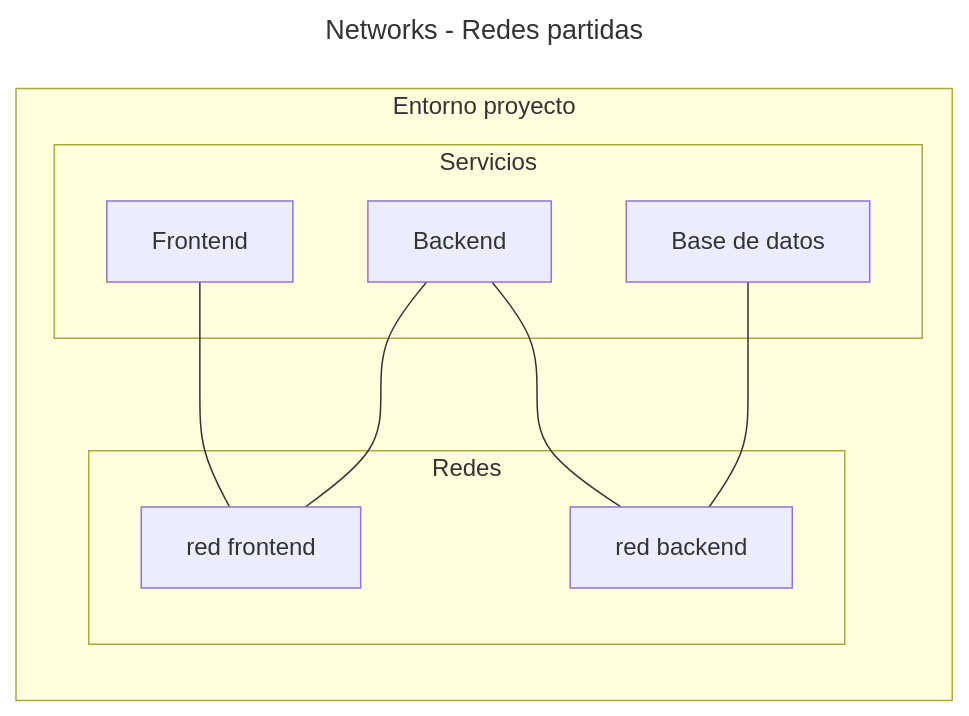
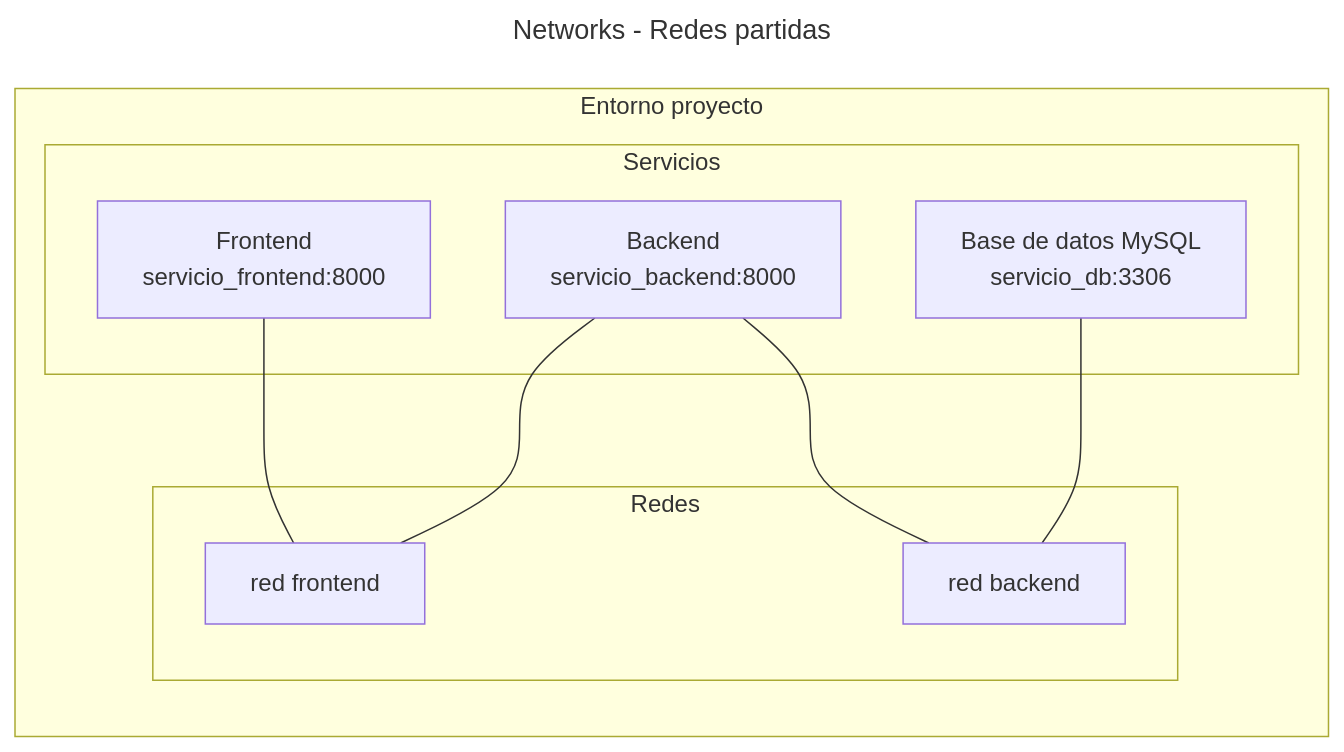
Before and after one commit to alejrot/python-docs: the second of 3 diagrams in docs/contenedores/networks.md, drawn with Mermaid. The commit also changed other lines of this file and 1 other file, not shown here.

````diff
--- a/docs/contenedores/networks.md
+++ b/docs/contenedores/networks.md
@@ -125,27 +152,29 @@
 ```mermaid
 ---
 title: "Networks - Redes partidas"
 ---
 flowchart LR
 
     subgraph proyecto [Entorno proyecto]
 
         subgraph services [Servicios]
-        front["`Frontend`"]
-        back["`Backend`"]
-        db["`Base de datos`"]
+        front["`Frontend 
+            servicio_frontend:8000`"]
+        back["`Backend
+            servicio_backend:8000`"]
+        db["`Base de datos MySQL
+            servicio_db:3306`"]
         end
 
         subgraph redes [Redes]
             red-front[red frontend]
             red-db[red backend]
         end
     end
 
 
     front --- red-front
     back --- red-front
     back --- red-db
     db --- red-db
-
 ```
````
